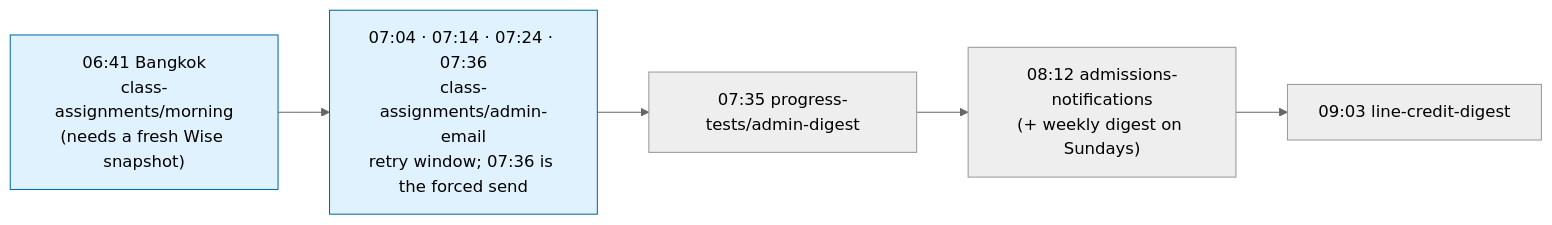
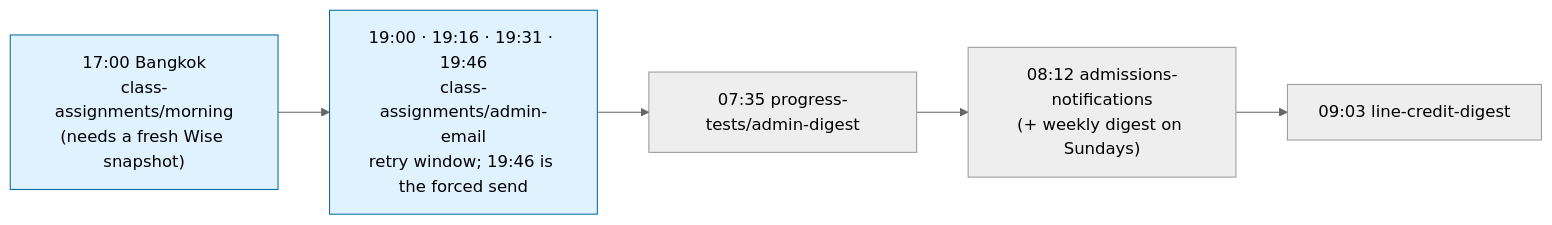
The second of 4 diagrams in docs/reference/crons.md (kasheesh711/bgscheduler), drawn with Mermaid (neutral theme) before and after one commit. The commit also changed other lines of this file and 35 other files, not shown here.

````diff
--- a/docs/reference/crons.md
+++ b/docs/reference/crons.md
@@ -94,10 +94,10 @@
 ```mermaid
 flowchart LR
-    A["06:41 Bangkok<br/>class-assignments/morning<br/>(needs a fresh Wise snapshot)"] --> B["07:04 · 07:14 · 07:24 · 07:36<br/>class-assignments/admin-email<br/>retry window; 07:36 is the forced send"]
+    A["17:00 Bangkok<br/>class-assignments/morning<br/>(needs a fresh Wise snapshot)"] --> B["19:00 · 19:16 · 19:31 · 19:46<br/>class-assignments/admin-email<br/>retry window; 19:46 is the forced send"]
     C["07:35 progress-tests/admin-digest"]
     D["08:12 admissions-notifications<br/>(+ weekly digest on Sundays)"]
     E["09:03 line-credit-digest"]
     B --> C --> D --> E
     style A fill:#e0f2fe,stroke:#0369a1
     style B fill:#e0f2fe,stroke:#0369a1
 ```
````
